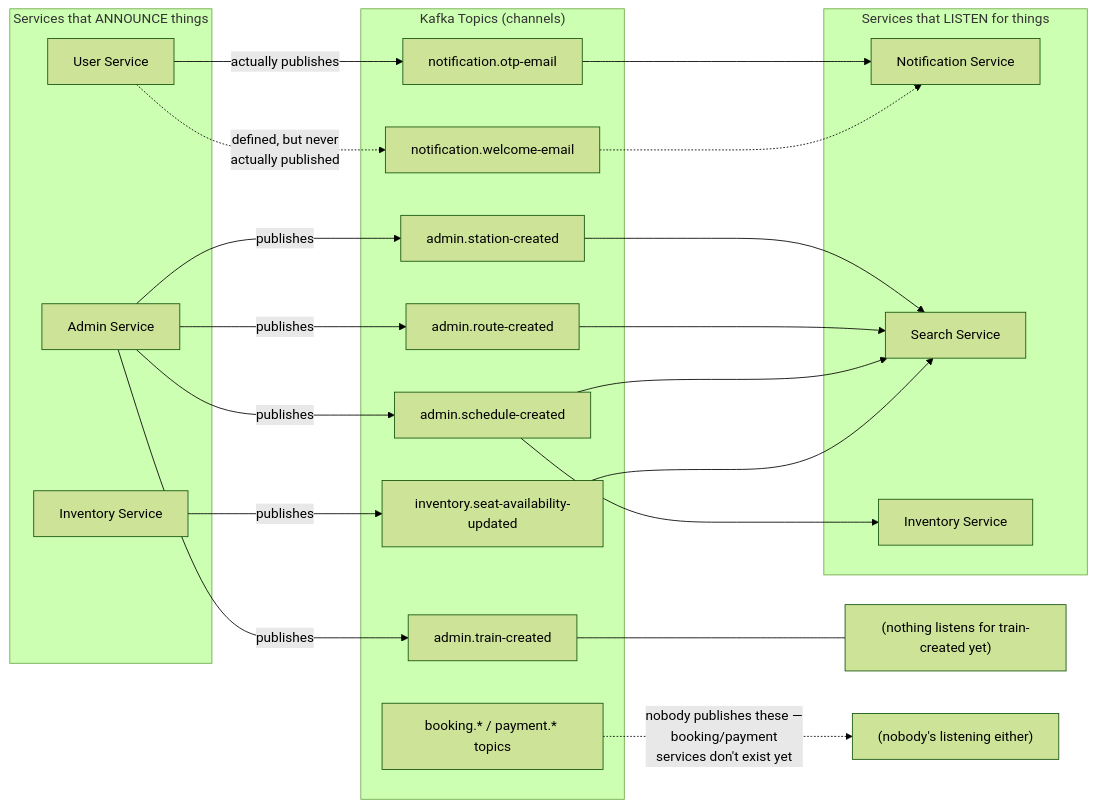
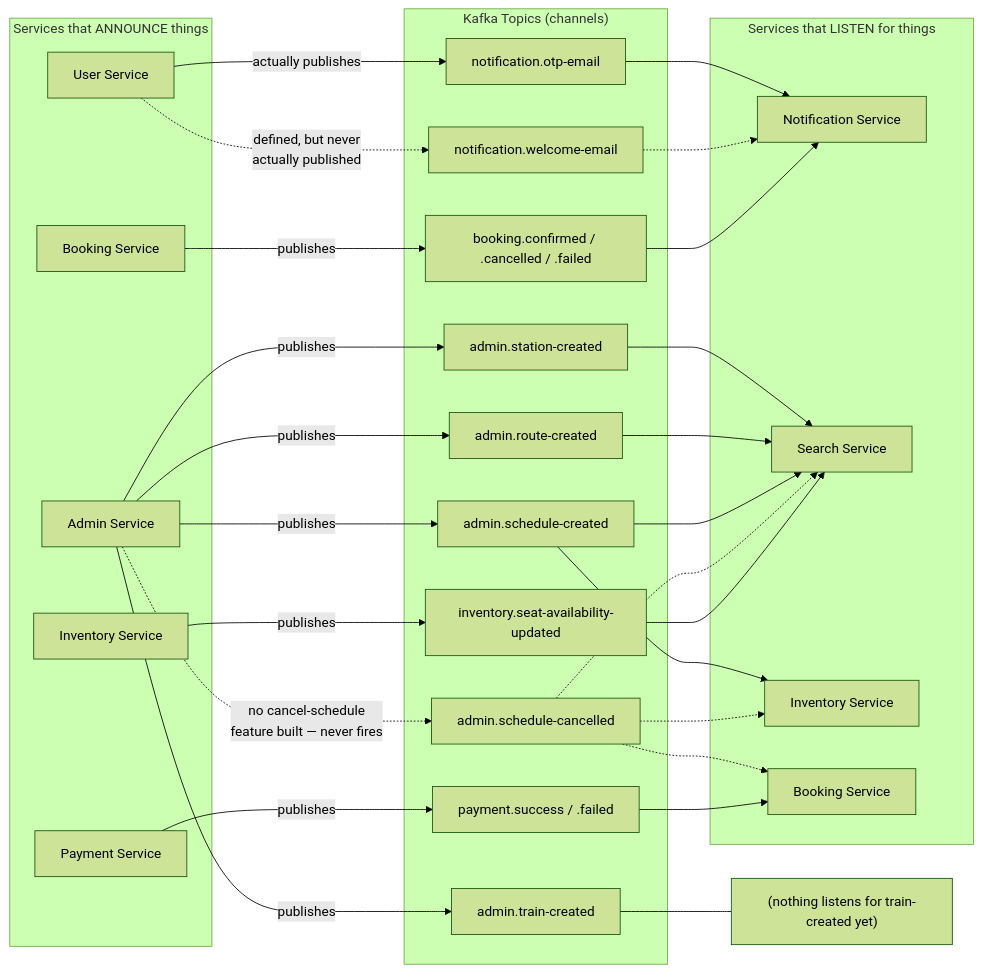
Before and after one commit to jstgrowup/System-Design: the seventh of 7 diagrams in IRCTC/readme.md, drawn with Mermaid (forest theme). The commit also changed other lines of this file and 104 other files, not shown here.

First line of the commit message:
feat: add payment service with Razorpay integration

````diff
--- a/IRCTC/readme.md
+++ b/IRCTC/readme.md
@@ -304,44 +316,56 @@
 ```mermaid
 flowchart LR
     subgraph Publishers["Services that ANNOUNCE things"]
         US2["User Service"]
         AS2["Admin Service"]
         IS2["Inventory Service"]
+        BS2["Booking Service"]
+        PS2["Payment Service"]
     end
 
     subgraph Topics["Kafka Topics (channels)"]
         T1["notification.otp-email"]
         T2["notification.welcome-email"]
         T3["admin.station-created"]
         T4["admin.train-created"]
         T5["admin.route-created"]
         T6["admin.schedule-created"]
+        T6b["admin.schedule-cancelled"]
         T8["inventory.seat-availability-updated"]
-        T7["booking.* / payment.* topics"]
+        T9["booking.confirmed / .cancelled / .failed"]
+        T7["payment.success / .failed"]
     end
 
     subgraph Listeners["Services that LISTEN for things"]
         NS2["Notification Service"]
         SS2["Search Service"]
         IS2L["Inventory Service"]
+        BS2L["Booking Service"]
     end
 
     US2 -->|"actually publishes"| T1 --> NS2
     US2 -.->|"defined, but never<br/>actually published"| T2
     T2 -.-> NS2
 
     AS2 -->|"publishes"| T3 --> SS2
     AS2 -->|"publishes"| T4
     Note1["(nothing listens for train-created yet)"]
     T4 --- Note1
 
     AS2 -->|"publishes"| T5 --> SS2
 
     AS2 -->|"publishes"| T6
     T6 --> SS2
     T6 --> IS2L
 
+    AS2 -.->|"no cancel-schedule<br/>feature built — never fires"| T6b
+    T6b -.-> SS2
+    T6b -.-> IS2L
+    T6b -.-> BS2L
+
     IS2 -->|"publishes"| T8 --> SS2
 
-    T7 -.->|"nobody publishes these —<br/>booking/payment\nservices don't exist yet"| T7b["(nobody's listening either)"]
+    BS2 -->|"publishes"| T9 --> NS2
+
+    PS2 -->|"publishes"| T7 --> BS2L
 ```
````
